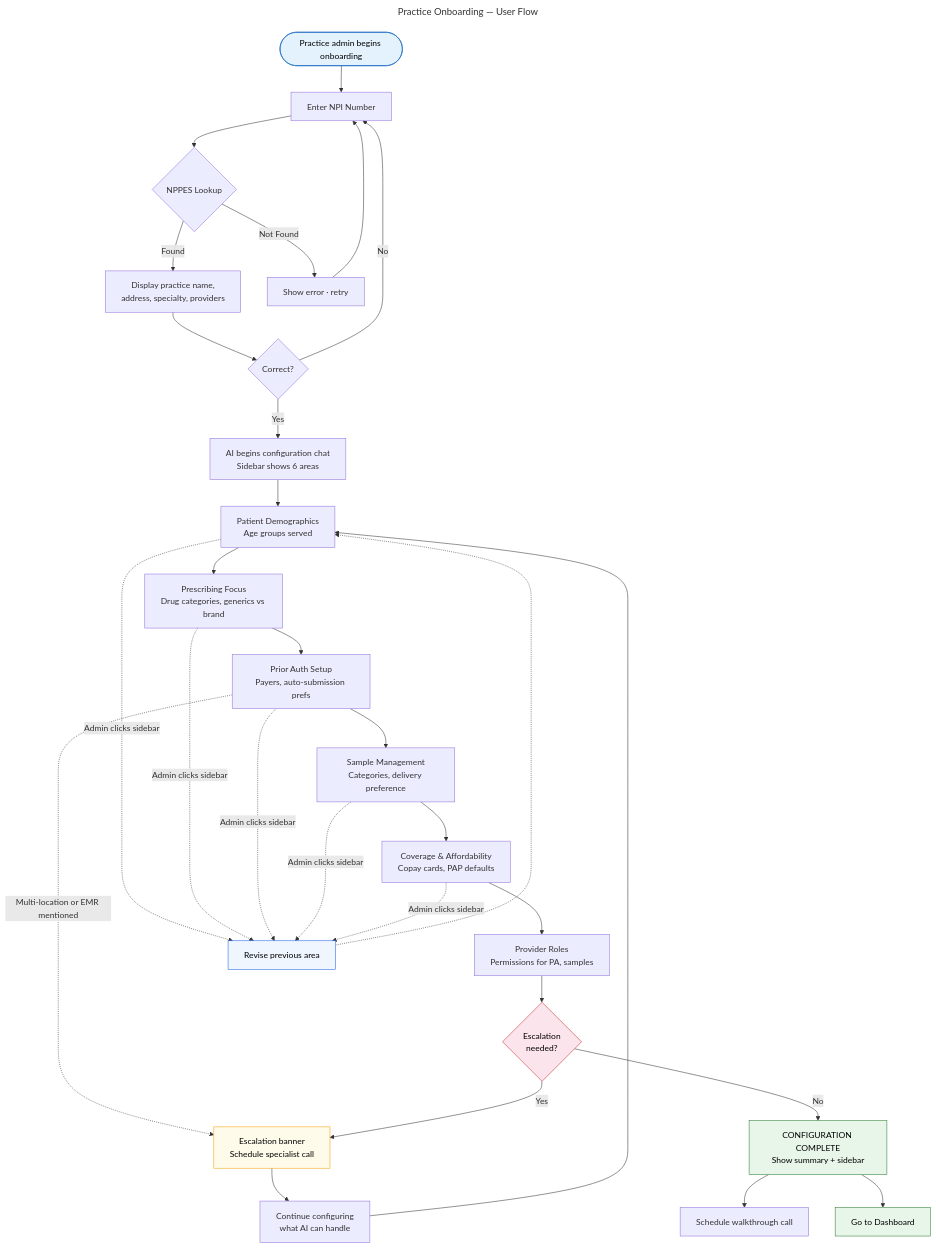
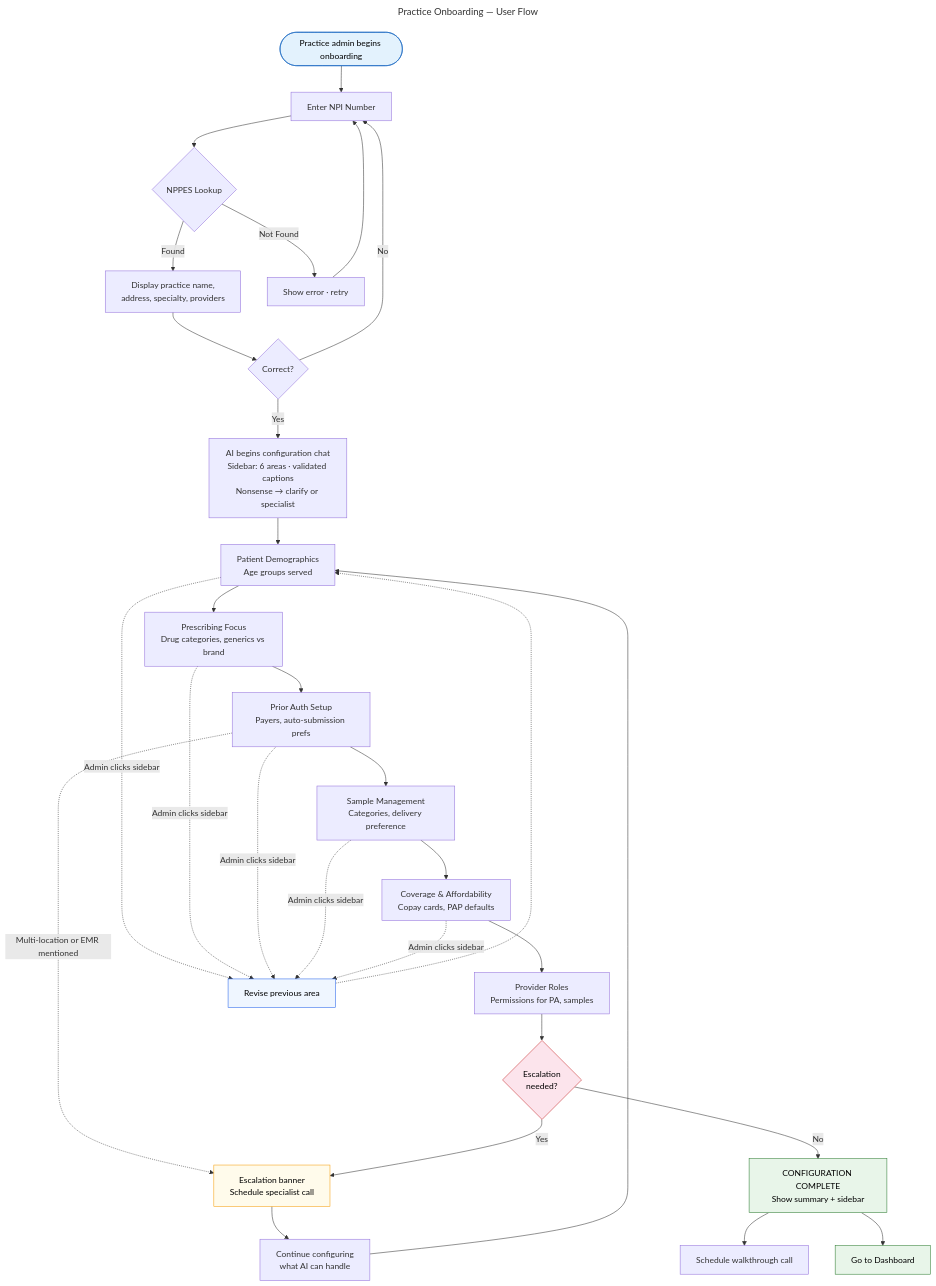
One commit to mmoussaif/prescriberAI changed the diagram in docs/user-flow.mermaid. Above: the diagram before and after it, drawn with Mermaid. The commit also changed 20 other files, not shown here.

First line of the commit message:
Add reply validation, sidebar captions, and escalation phone UX

```diff
--- a/docs/user-flow.mermaid
+++ b/docs/user-flow.mermaid
@@ -1,46 +1,46 @@
 ---
 title: Practice Onboarding — User Flow
 ---
 
 flowchart TD
     Start([Practice admin begins onboarding]) --> NPI[Enter NPI Number]
     NPI --> Lookup{NPPES Lookup}
     Lookup -->|Found| Show[Display practice name,<br/>address, specialty, providers]
     Lookup -->|Not Found| Retry[Show error · retry]
     Retry --> NPI
 
     Show --> Confirm{Correct?}
     Confirm -->|No| NPI
-    Confirm -->|Yes| Config_Start[AI begins configuration chat<br/>Sidebar shows 6 areas]
+    Confirm -->|Yes| Config_Start[AI begins configuration chat<br/>Sidebar: 6 areas · validated captions<br/>Nonsense → clarify or specialist]
 
     Config_Start --> Q1[Patient Demographics<br/>Age groups served]
     Q1 --> Q2[Prescribing Focus<br/>Drug categories, generics vs brand]
     Q2 --> Q3[Prior Auth Setup<br/>Payers, auto-submission prefs]
     Q3 --> Q4[Sample Management<br/>Categories, delivery preference]
     Q4 --> Q5[Coverage & Affordability<br/>Copay cards, PAP defaults]
     Q5 --> Q6[Provider Roles<br/>Permissions for PA, samples]
 
     Q1 -.->|Admin clicks sidebar| Revise[Revise previous area]
     Q2 -.->|Admin clicks sidebar| Revise
     Q3 -.->|Admin clicks sidebar| Revise
     Q4 -.->|Admin clicks sidebar| Revise
     Q5 -.->|Admin clicks sidebar| Revise
     Revise -.-> Q1
 
     Q3 -.->|Multi-location or EMR mentioned| Escalate
     Q6 --> Check{Escalation<br/>needed?}
     Check -->|No| Complete[CONFIGURATION COMPLETE<br/>Show summary + sidebar]
     Check -->|Yes| Escalate[Escalation banner<br/>Schedule specialist call]
 
     Escalate --> Continue[Continue configuring<br/>what AI can handle]
     Continue --> Q1
 
     Complete --> Dashboard[Go to Dashboard]
     Complete --> Schedule[Schedule walkthrough call]
 
     style Start fill:#E3F2FD,stroke:#1565C0,color:#000
     style Complete fill:#E8F5E9,stroke:#2E7D32,color:#000
     style Escalate fill:#FFFBEB,stroke:#F59E0B,color:#000
     style Dashboard fill:#E8F5E9,stroke:#2E7D32,color:#000
     style Revise fill:#EFF6FF,stroke:#2563EB,color:#000
     style Check fill:#FCE4EC,stroke:#C62828,color:#000
```
